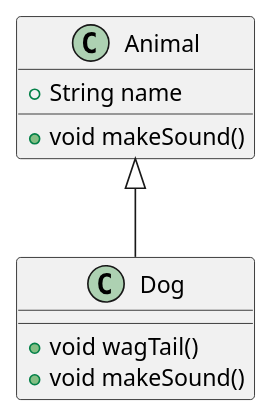
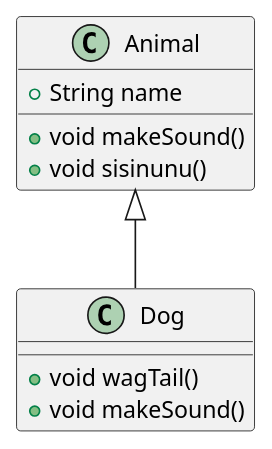
One commit to kangsinu617/mymy changed the diagram in diagram.puml. Above: the diagram before and after it, drawn with PlantUML.

```diff
--- a/diagram.puml
+++ b/diagram.puml
@@ -1,13 +1,14 @@
 @startuml
 class Animal {
   +String name
   +void makeSound()
+  +void sisinunu()
 }
 
 class Dog {
   +void wagTail()
   +void makeSound()
 }
 
 Animal <|-- Dog
 @enduml
```
